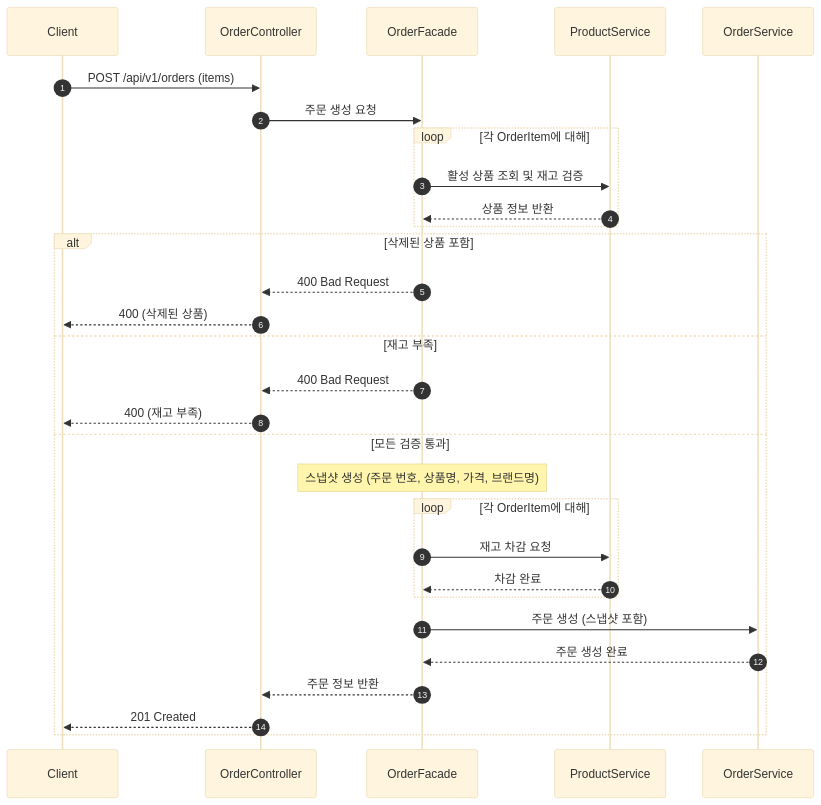
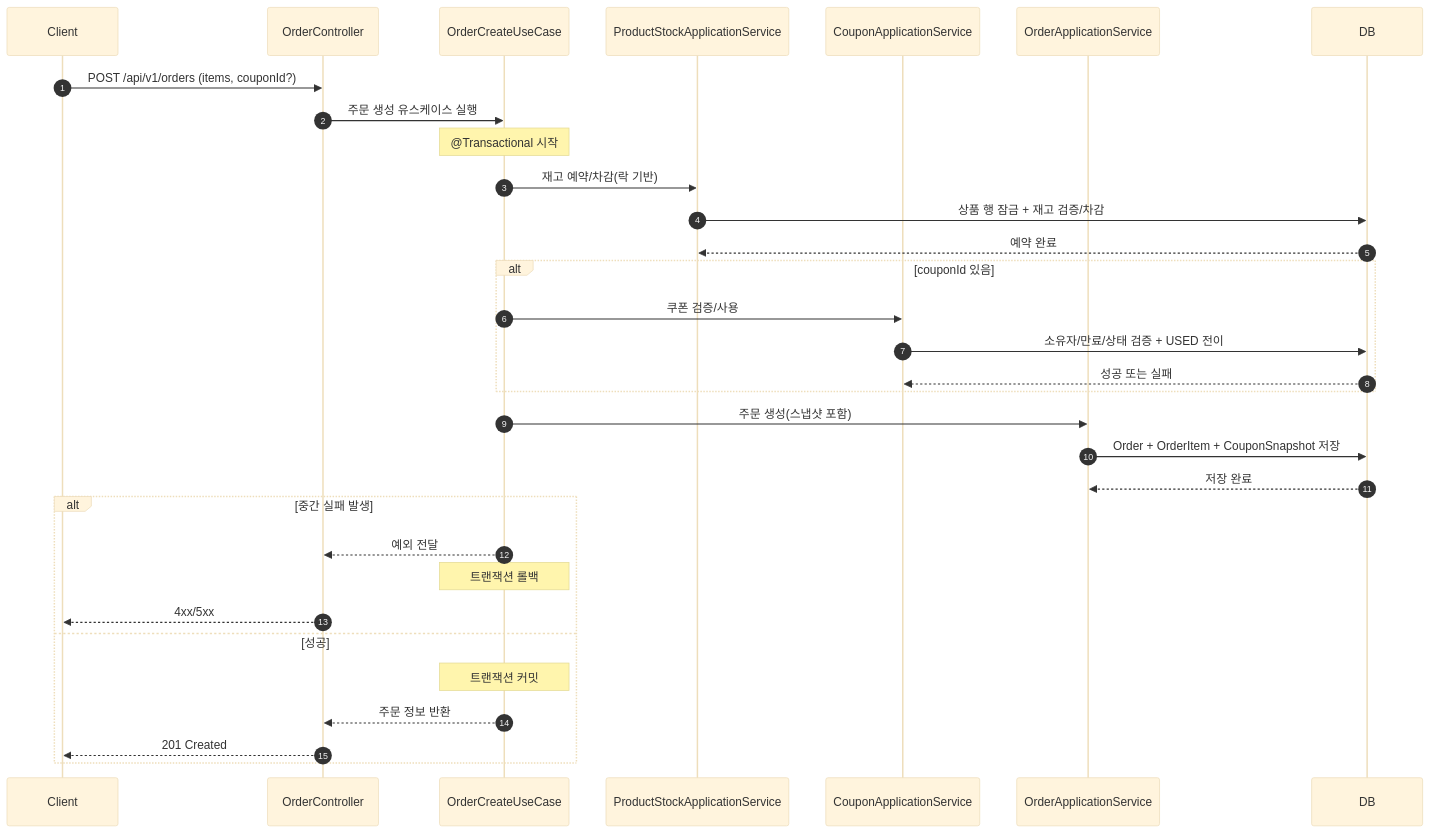
Before and after one commit to Loopers-dev-lab/loop-pack-be-l2-vol3-java: the first of 5 diagrams in docs/design/02-sequence-diagrams.md, drawn with Mermaid (base theme). The commit also changed other lines of this file and 5 other files, not shown here.

````diff
--- a/docs/design/02-sequence-diagrams.md
+++ b/docs/design/02-sequence-diagrams.md
@@ -7,38 +7,39 @@
 ```mermaid
 sequenceDiagram
     autonumber
     participant C as Client
     participant OC as OrderController
-    participant OF as OrderFacade
-    participant PS as ProductService
-    participant OS as OrderService
+    participant OU as OrderCreateUseCase
+    participant PS as ProductStockApplicationService
+    participant CS as CouponApplicationService
+    participant OS as OrderApplicationService
+    participant DB as DB
 
-    C->>OC: POST /api/v1/orders (items)
-    OC->>OF: 주문 생성 요청
+    C->>OC: POST /api/v1/orders (items, couponId?)
+    OC->>OU: 주문 생성 유스케이스 실행
+    note over OU: @Transactional 시작
 
-    loop 각 OrderItem에 대해
-        OF->>PS: 활성 상품 조회 및 재고 검증
-        PS-->>OF: 상품 정보 반환
+    OU->>PS: 재고 예약/차감(락 기반)
+    PS->>DB: 상품 행 잠금 + 재고 검증/차감
+    DB-->>PS: 예약 완료
+
+    alt couponId 있음
+        OU->>CS: 쿠폰 검증/사용
+        CS->>DB: 소유자/만료/상태 검증 + USED 전이
+        DB-->>CS: 성공 또는 실패
     end
 
-    alt 삭제된 상품 포함
-        OF-->>OC: 400 Bad Request
-        OC-->>C: 400 (삭제된 상품)
-    else 재고 부족
-        OF-->>OC: 400 Bad Request
-        OC-->>C: 400 (재고 부족)
-    else 모든 검증 통과
-        note over OF: 스냅샷 생성 (주문 번호, 상품명, 가격, 브랜드명)
+    OU->>OS: 주문 생성(스냅샷 포함)
+    OS->>DB: Order + OrderItem + CouponSnapshot 저장
+    DB-->>OS: 저장 완료
 
-        loop 각 OrderItem에 대해
-            OF->>PS: 재고 차감 요청
-            PS-->>OF: 차감 완료
-        end
-
-        OF->>OS: 주문 생성 (스냅샷 포함)
-        OS-->>OF: 주문 생성 완료
-
-        OF-->>OC: 주문 정보 반환
+    alt 중간 실패 발생
+        OU-->>OC: 예외 전달
+        note over OU: 트랜잭션 롤백
+        OC-->>C: 4xx/5xx
+    else 성공
+        note over OU: 트랜잭션 커밋
+        OU-->>OC: 주문 정보 반환
         OC-->>C: 201 Created
     end
 ```
````
